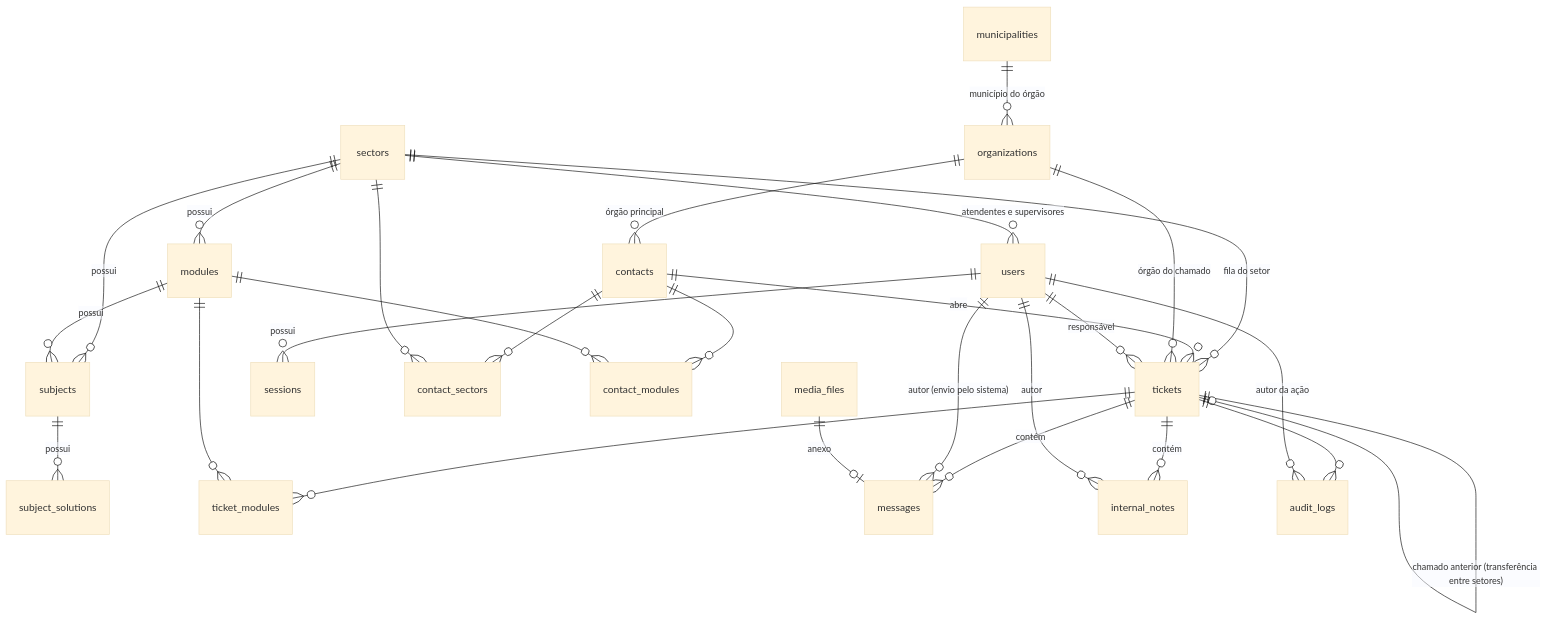
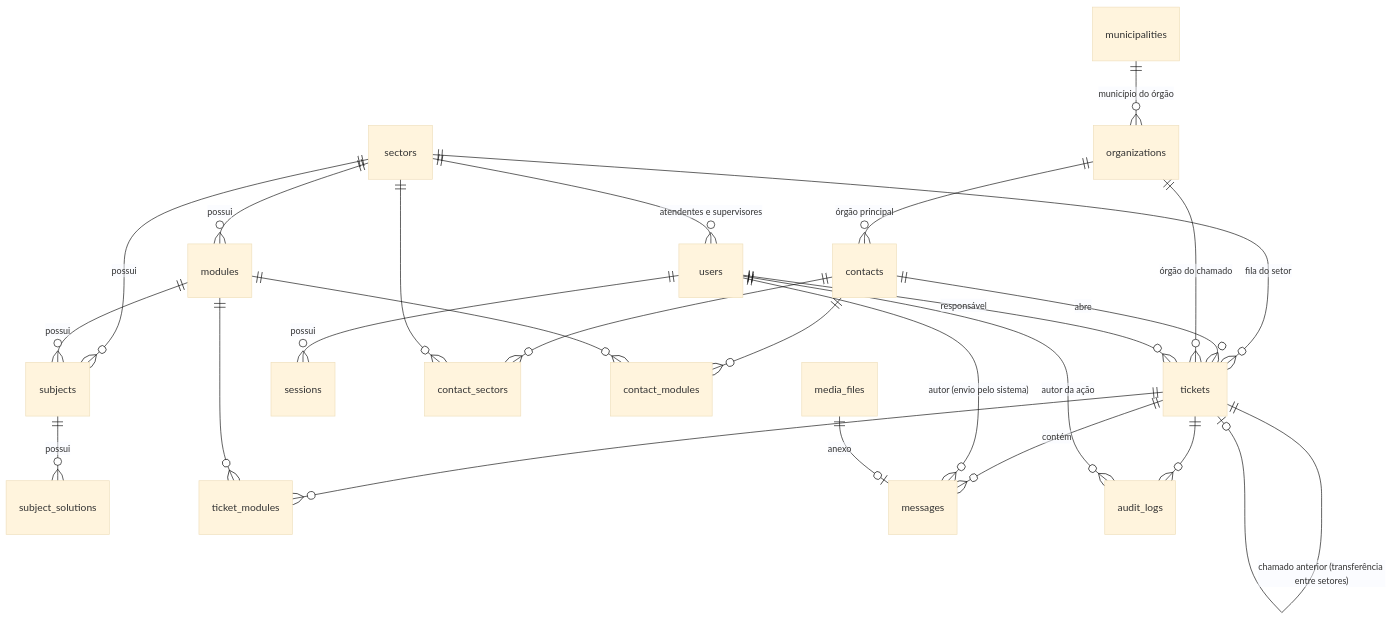
One commit to gcaspp-labs/xet changed the first of 2 diagrams in docs/data-model.md. Above: the diagram before and after it, drawn with Mermaid (base theme). The commit also changed other lines of this file and 2 other files, not shown here.

````diff
--- a/docs/data-model.md
+++ b/docs/data-model.md
@@ -24,29 +24,27 @@
 ```mermaid
 erDiagram
     sectors ||--o{ users : "atendentes e supervisores"
     sectors ||--o{ modules : possui
     sectors ||--o{ tickets : "fila do setor"
     sectors ||--o{ subjects : possui
     modules ||--o{ subjects : possui
     subjects ||--o{ subject_solutions : possui
     users ||--o{ sessions : possui
     municipalities ||--o{ organizations : "município do órgão"
     organizations ||--o{ contacts : "órgão principal"
     contacts ||--o{ tickets : abre
     contacts ||--o{ contact_sectors : ""
     sectors ||--o{ contact_sectors : ""
     contacts ||--o{ contact_modules : ""
     modules ||--o{ contact_modules : ""
     organizations ||--o{ tickets : "órgão do chamado"
     users ||--o{ tickets : "responsável"
     tickets ||--o| tickets : "chamado anterior (transferência entre setores)"
     tickets ||--o{ ticket_modules : ""
     modules ||--o{ ticket_modules : ""
     tickets ||--o{ messages : contém
     users ||--o{ messages : "autor (envio pelo sistema)"
     media_files ||--o| messages : anexo
-    tickets ||--o{ internal_notes : contém
-    users ||--o{ internal_notes : autor
     tickets ||--o{ audit_logs : ""
     users ||--o{ audit_logs : "autor da ação"
 ```
````
